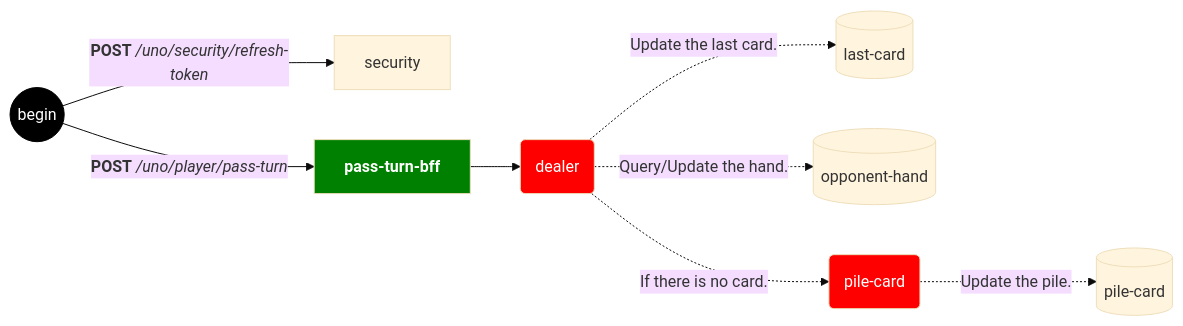
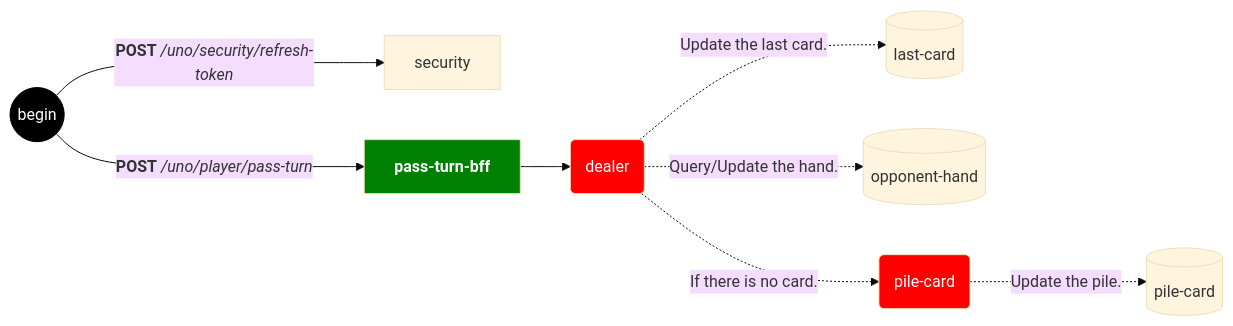
One commit to olbiwan/uno changed the third of 3 diagrams in README.md. Above: the diagram before and after it, drawn with Mermaid (base theme). The commit also changed other lines of this file, not shown here.

````diff
--- a/README.md
+++ b/README.md
@@ -96,15 +96,15 @@
 ```mermaid
 flowchart LR
-    U((begin)) -->|<b>POST</b> <i>/uno/security/refresh-token</i>| S[security]
-    U -->|<b>POST</b> <i>/uno/player/pass-turn</i>| FD[<b>pass-turn-bff</b>]
+    U((begin)) --->|<b>POST</b> <i>/uno/security/refresh-token</i>| S[security]
+    U --->|<b>POST</b> <i>/uno/player/pass-turn</i>| FD[<b>pass-turn-bff</b>]
     FD --> SA(dealer)
     SA -.->|Update the last card.| DLC[(last-card)]
     SA -.->|Query/Update the hand.| DOH[(opponent-hand)]
     SB(pile-card) -.->|Update the pile.| DPC[(pile-card)]
     SA -.->|If there is no card.| SB
     classDef first color:#fff,fill:green;
     classDef second color:#fff,fill:red;
     style U  color:#fff,fill:#000,stroke:#000;
     class FB,FC,FD first;
     class SA,SB,SC second;
 ```
````
